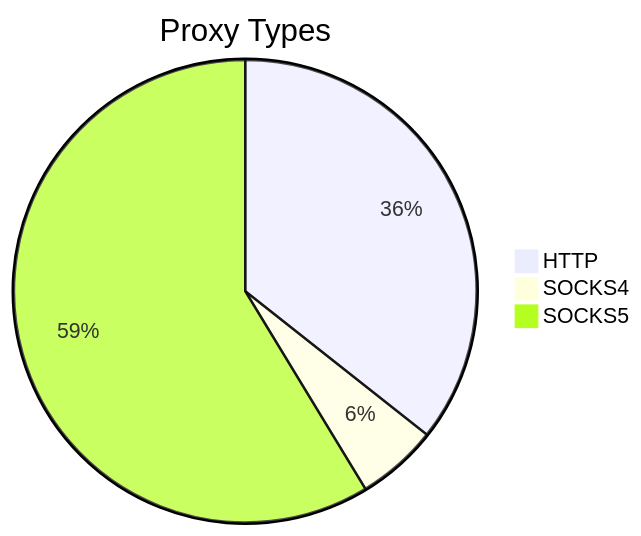
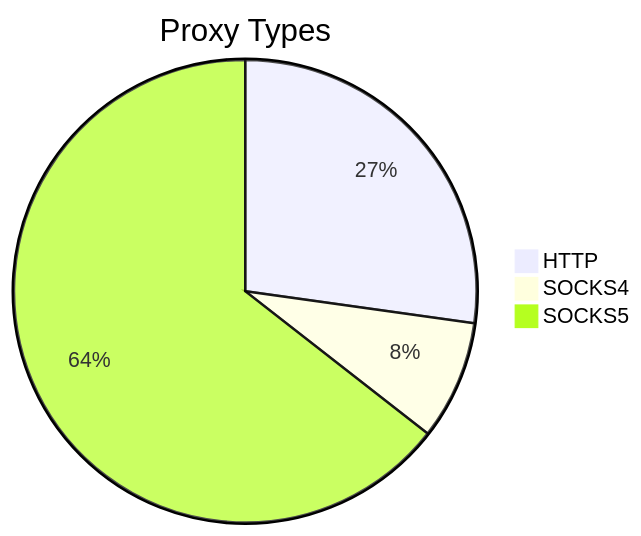
Before and after one commit to stormsia/proxy-list: the first of 2 diagrams in README.md, drawn with Mermaid. The commit also changed other lines of this file, not shown here.

````diff
--- a/README.md
+++ b/README.md
@@ -21,6 +21,6 @@
 ```mermaid
 pie title Proxy Types
-    "HTTP" : 906
-    "SOCKS4" : 144
-    "SOCKS5" : 1492
+    "HTTP" : 353
+    "SOCKS4" : 108
+    "SOCKS5" : 836
 ```
````
